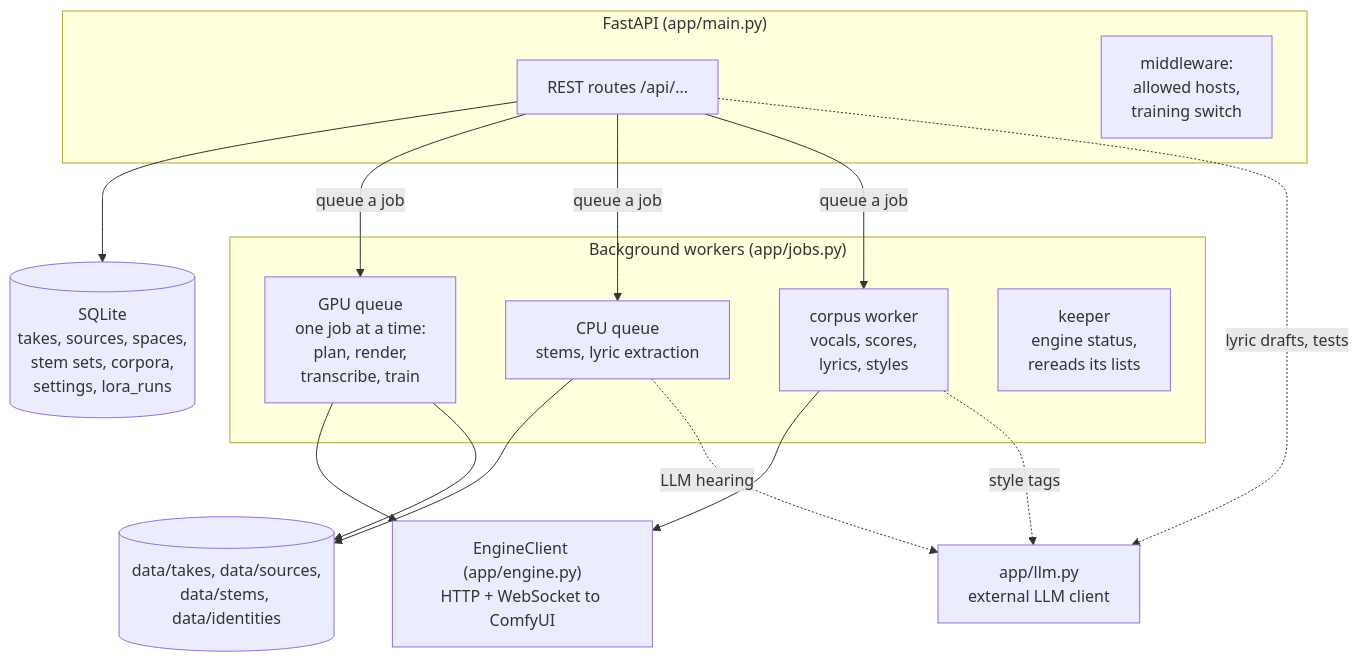
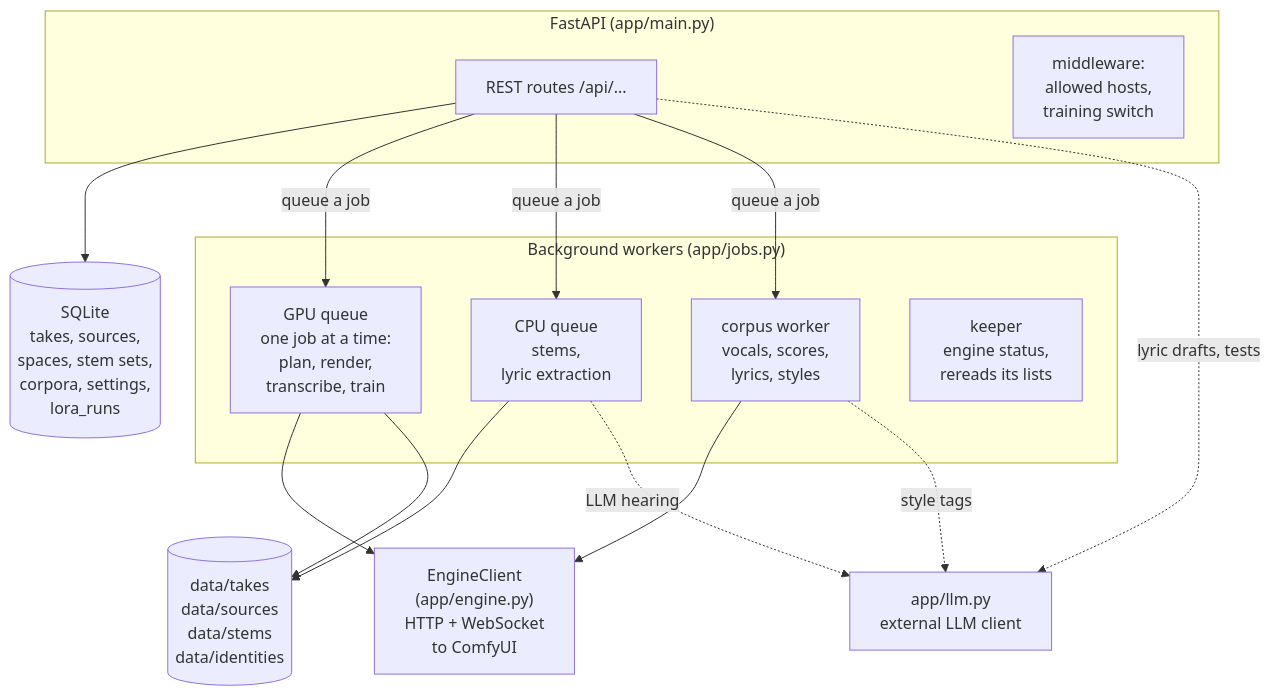
One commit to dynamohum/YuE2gen-studio changed the second of 8 diagrams in docs/ARCHITECTURE.md. Above: the diagram before and after it, drawn with Mermaid. The commit also changed other lines of this file, not shown here.

First line of the commit message:
ARCHITECTURE diagrams: shorter label lines, so GitHub does not clip them

````diff
--- a/docs/ARCHITECTURE.md
+++ b/docs/ARCHITECTURE.md
@@ -59,27 +59,27 @@
 ```mermaid
 flowchart TB
     subgraph API["FastAPI (app/main.py)"]
         R["REST routes /api/..."]
         MW["middleware:<br/>allowed hosts,<br/>training switch"]
     end
     subgraph Workers["Background workers (app/jobs.py)"]
         Q1["GPU queue<br/>one job at a time:<br/>plan, render,<br/>transcribe, train"]
-        Q2["CPU queue<br/>stems, lyric extraction"]
+        Q2["CPU queue<br/>stems,<br/>lyric extraction"]
         Q3["corpus worker<br/>vocals, scores,<br/>lyrics, styles"]
         K["keeper<br/>engine status,<br/>rereads its lists"]
     end
-    EC["EngineClient (app/engine.py)<br/>HTTP + WebSocket to ComfyUI"]
+    EC["EngineClient<br/>(app/engine.py)<br/>HTTP + WebSocket<br/>to ComfyUI"]
     LLM["app/llm.py<br/>external LLM client"]
-    DB[("SQLite<br/>takes, sources, spaces,<br/>stem sets, corpora,<br/>settings, lora_runs")]
-    FS[("data/takes, data/sources,<br/>data/stems, data/identities")]
+    DB[("SQLite<br/>takes, sources,<br/>spaces, stem sets,<br/>corpora, settings,<br/>lora_runs")]
+    FS[("data/takes<br/>data/sources<br/>data/stems<br/>data/identities")]
 
     R --> DB
     R -- "queue a job" --> Q1 & Q2 & Q3
     Q1 --> EC
     Q3 --> EC
     Q2 --> FS
     Q1 --> FS
     Q2 -. "LLM hearing" .-> LLM
     Q3 -. "style tags" .-> LLM
     R -. "lyric drafts, tests" .-> LLM
 ```
````
